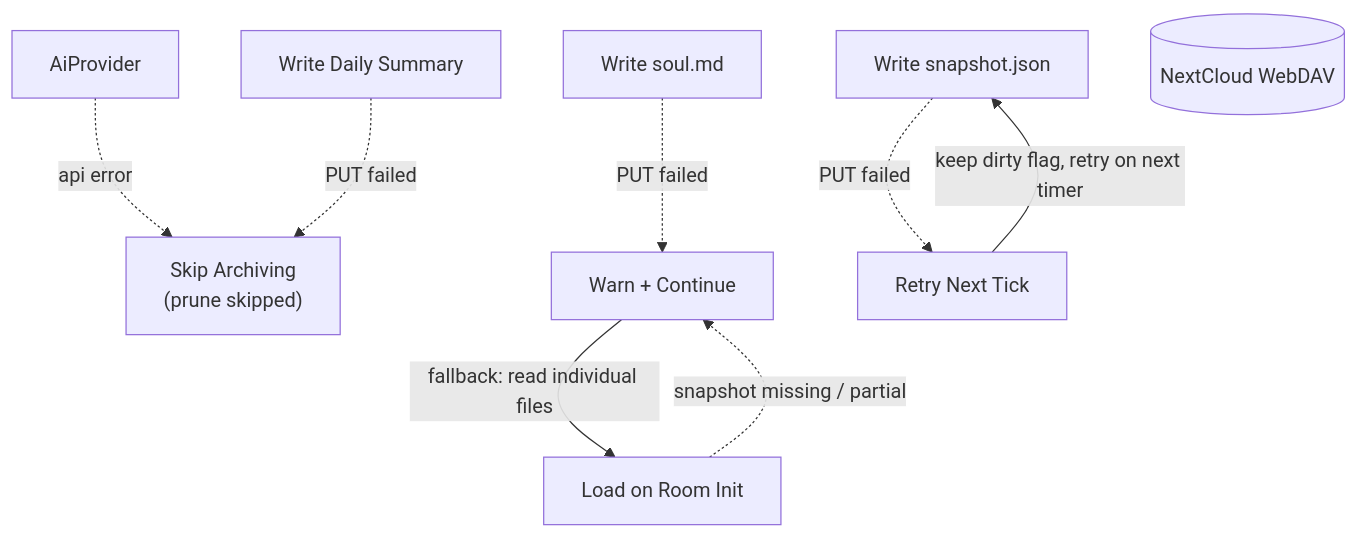
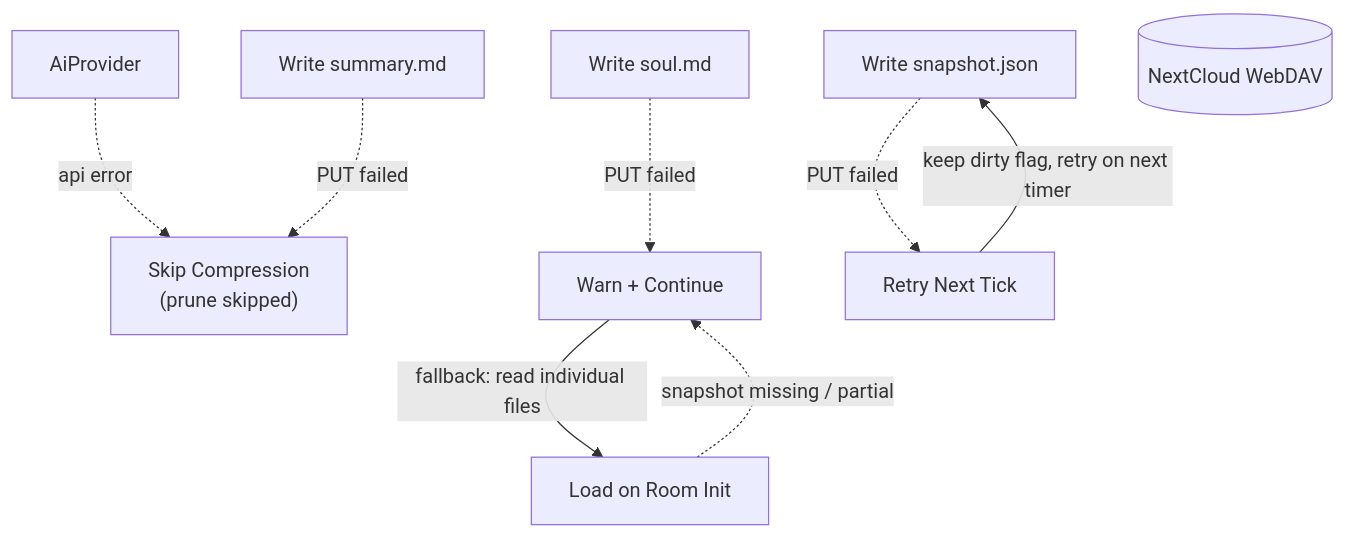
One commit to cosmoswafer/rockbot changed the sixth of 7 diagrams in _dfds/base/memory.md. Above: the diagram before and after it, drawn with Mermaid. The commit also changed other lines of this file and 5 other files, not shown here.

First line of the commit message:
Revise DFDs: replace daily summaries with single summary.md compression

````diff
--- a/_dfds/base/memory.md
+++ b/_dfds/base/memory.md
@@ -239,20 +253,20 @@
 ```mermaid
 flowchart TD
     AI[AiProvider]
-    L2_WRITE[Write Daily Summary]
+    L2_WRITE[Write summary.md]
     SOUL_WRITE[Write soul.md]
     SNAP_WRITE[Write snapshot.json]
     DAV[(NextCloud WebDAV)]
     LOAD[Load on Room Init]
-    FALLBACK["Skip Archiving<br/>(prune skipped)"]
+    FALLBACK["Skip Compression<br/>(prune skipped)"]
     WARN[Warn + Continue]
     RETRY[Retry Next Tick]
 
     AI -.->|"api error"| FALLBACK
     L2_WRITE -.->|"PUT failed"| FALLBACK
     SNAP_WRITE -.->|"PUT failed"| RETRY
     SOUL_WRITE -.->|"PUT failed"| WARN
     LOAD -.->|"snapshot missing / partial"| WARN
     WARN -->|"fallback: read individual files"| LOAD
     RETRY -->|"keep dirty flag, retry on next timer"| SNAP_WRITE
 ```
````
